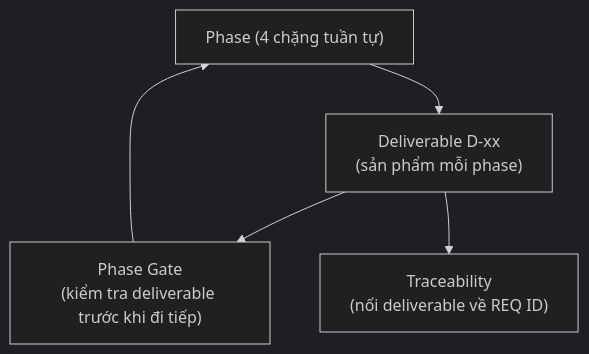
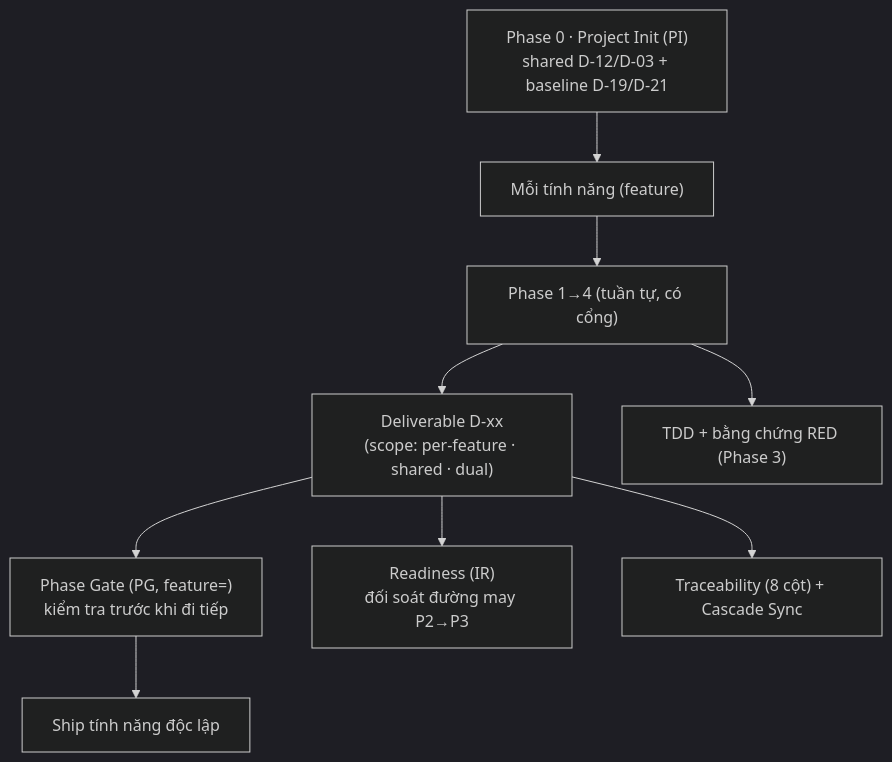
The seventh of 7 diagrams in docs/vi/explanation/concepts.md (hanh9898/waterfall-bmad-method), drawn with Mermaid (dark theme) before and after one commit. The commit also changed other lines of this file and 29 other files, not shown here.

First line of the commit message:
docs(hbc): đồng bộ toàn bộ tài liệu sang v2 (incremental per-feature + TDD)

````diff
--- a/docs/vi/explanation/concepts.md
+++ b/docs/vi/explanation/concepts.md
@@ -90,7 +199,11 @@
 ```mermaid
 flowchart TD
-    P["Phase (4 chặng tuần tự)"] --> D["Deliverable D-xx<br/>(sản phẩm mỗi phase)"]
-    D --> G["Phase Gate<br/>(kiểm tra deliverable trước khi đi tiếp)"]
-    D --> T["Traceability<br/>(nối deliverable về REQ ID)"]
-    G --> P
+    P0["Phase 0 · Project Init (PI)<br/>shared D-12/D-03 + baseline D-19/D-21"] --> FEAT["Mỗi tính năng (feature)"]
+    FEAT --> P["Phase 1→4 (tuần tự, có cổng)"]
+    P --> D["Deliverable D-xx<br/>(scope: per-feature · shared · dual)"]
+    D --> G["Phase Gate (PG, feature=)<br/>kiểm tra trước khi đi tiếp"]
+    D --> IR["Readiness (IR)<br/>đối soát đường may P2→P3"]
+    P --> TDD["TDD + bằng chứng RED (Phase 3)"]
+    D --> T["Traceability (8 cột) + Cascade Sync"]
+    G --> SHIP["Ship tính năng độc lập"]
 ```
````
